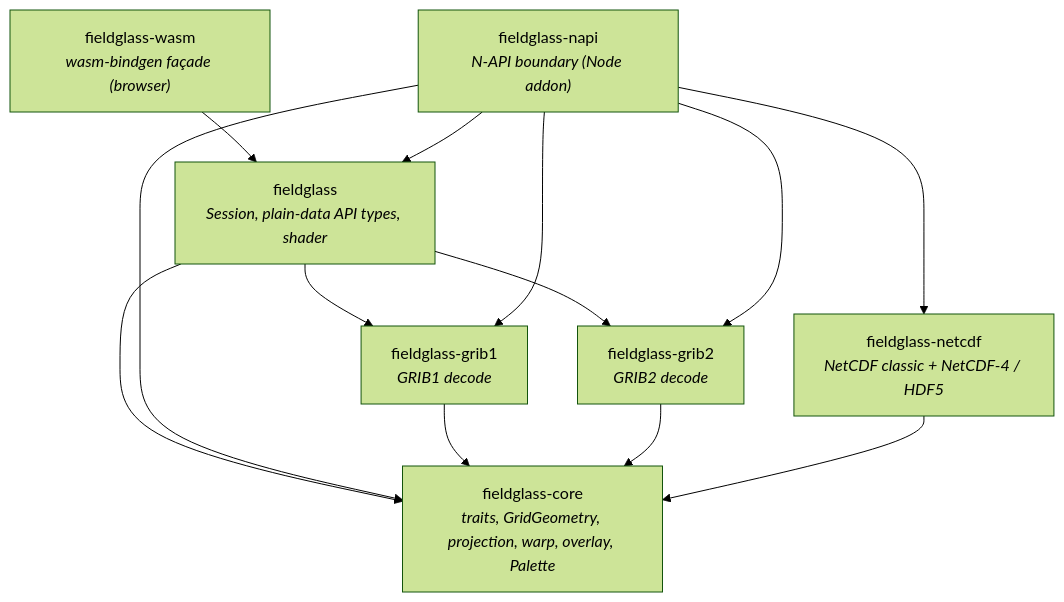
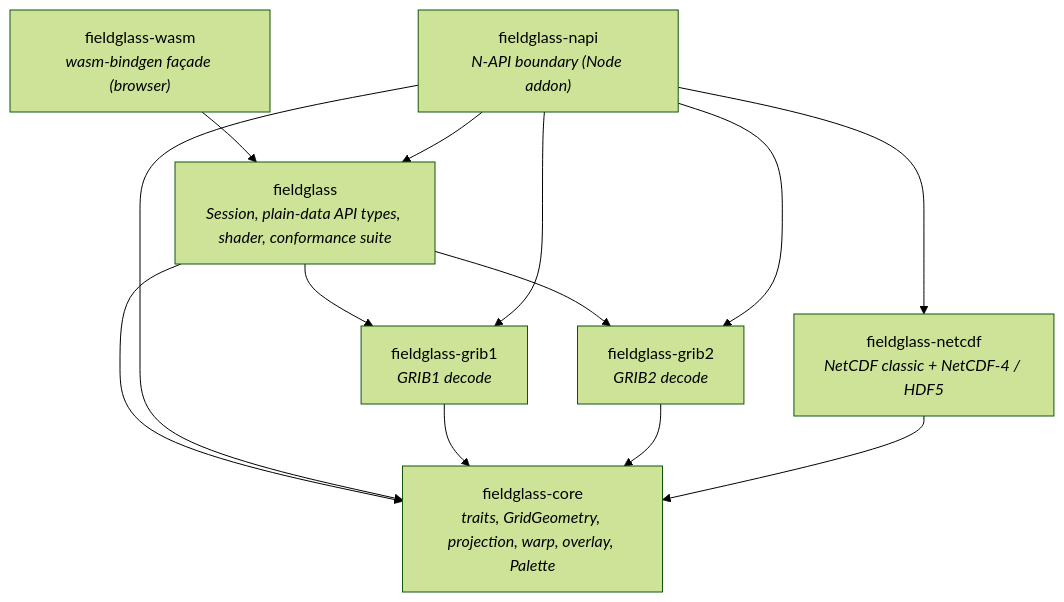
Before and after one commit to D0ubleD0uble/fieldglass: the diagram in docs/architecture/01-crates.md, drawn with Mermaid (forest theme). The commit also changed other lines of this file and 1 other file, not shown here.

First line of the commit message:
docs: record the conformance suite and the API rules

````diff
--- a/docs/architecture/01-crates.md
+++ b/docs/architecture/01-crates.md
@@ -18,23 +18,23 @@
 ```mermaid
 flowchart TD
     napi["fieldglass-napi<br/><i>N-API boundary (Node addon)</i>"]
     wasm["fieldglass-wasm<br/><i>wasm-bindgen façade (browser)</i>"]
-    fieldglass["fieldglass<br/><i>Session, plain-data API types, shader</i>"]
+    fieldglass["fieldglass<br/><i>Session, plain-data API types, shader, conformance suite</i>"]
     grib1["fieldglass-grib1<br/><i>GRIB1 decode</i>"]
     grib2["fieldglass-grib2<br/><i>GRIB2 decode</i>"]
     netcdf["fieldglass-netcdf<br/><i>NetCDF classic + NetCDF-4 / HDF5</i>"]
     core["fieldglass-core<br/><i>traits, GridGeometry, projection, warp, overlay, Palette</i>"]
 
     wasm --> fieldglass
     fieldglass --> grib1
     fieldglass --> grib2
     fieldglass --> core
     napi --> fieldglass
     napi --> grib1
     napi --> grib2
     napi --> netcdf
     napi --> core
     grib1 --> core
     grib2 --> core
     netcdf --> core
 ```
````
